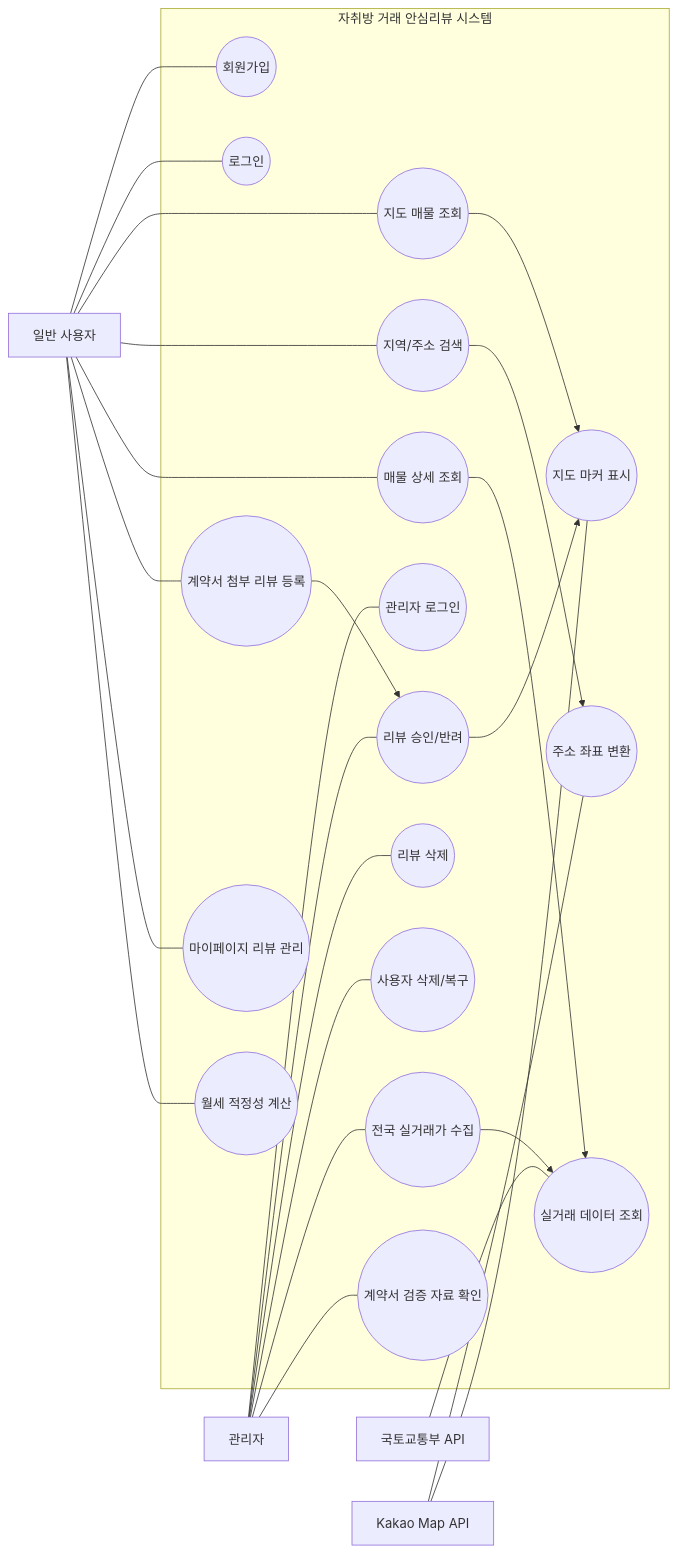
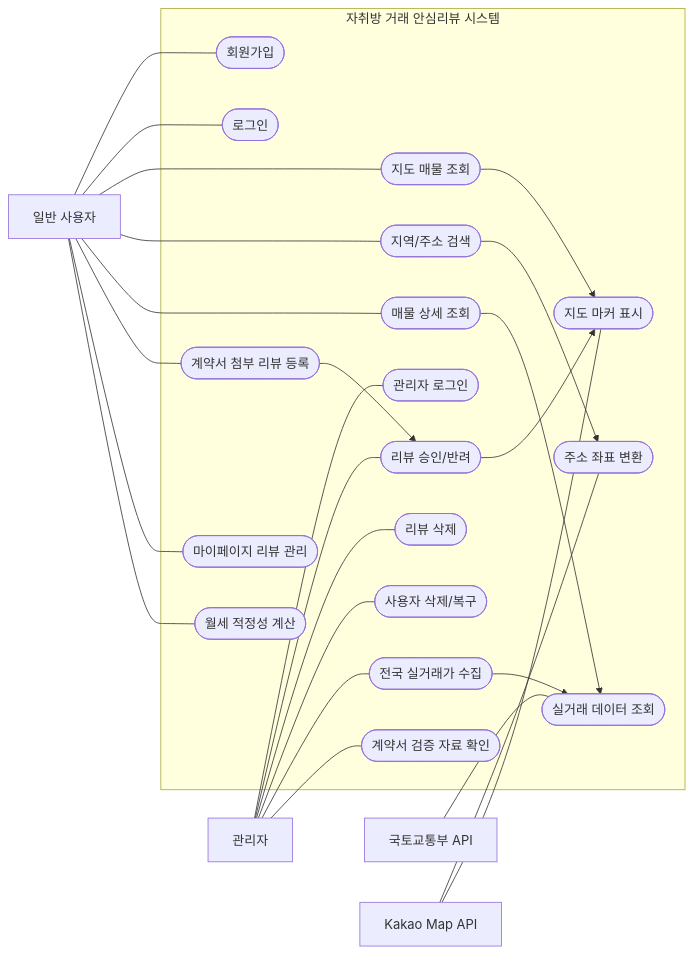
One commit to SANGWOOK0416/smart_room_certification_review_system changed the first of 5 diagrams in finalreport.md. Above: the diagram before and after it, drawn with Mermaid. The commit also changed other lines of this file, not shown here.

Commit message:
docs: fix final report metadata and mermaid

````diff
--- a/finalreport.md
+++ b/finalreport.md
@@ -95,56 +112,56 @@
 ```mermaid
 flowchart LR
     User["일반 사용자"]
     Admin["관리자"]
     MOLIT["국토교통부 API"]
     Kakao["Kakao Map API"]
 
     subgraph System["자취방 거래 안심리뷰 시스템"]
-        UC1(("회원가입"))
-        UC2(("로그인"))
-        UC3(("지도 매물 조회"))
-        UC4(("지역/주소 검색"))
-        UC5(("매물 상세 조회"))
-        UC6(("계약서 첨부 리뷰 등록"))
-        UC7(("마이페이지 리뷰 관리"))
-        UC8(("월세 적정성 계산"))
+        UC1(["회원가입"])
+        UC2(["로그인"])
+        UC3(["지도 매물 조회"])
+        UC4(["지역/주소 검색"])
+        UC5(["매물 상세 조회"])
+        UC6(["계약서 첨부 리뷰 등록"])
+        UC7(["마이페이지 리뷰 관리"])
+        UC8(["월세 적정성 계산"])
 
-        AC1(("관리자 로그인"))
-        AC2(("리뷰 승인/반려"))
-        AC3(("리뷰 삭제"))
-        AC4(("사용자 삭제/복구"))
-        AC5(("전국 실거래가 수집"))
-        AC6(("계약서 검증 자료 확인"))
+        AC1(["관리자 로그인"])
+        AC2(["리뷰 승인/반려"])
+        AC3(["리뷰 삭제"])
+        AC4(["사용자 삭제/복구"])
+        AC5(["전국 실거래가 수집"])
+        AC6(["계약서 검증 자료 확인"])
 
-        EX1(("실거래 데이터 조회"))
-        EX2(("주소 좌표 변환"))
-        EX3(("지도 마커 표시"))
+        EX1(["실거래 데이터 조회"])
+        EX2(["주소 좌표 변환"])
+        EX3(["지도 마커 표시"])
     end
 
     User --- UC1
     User --- UC2
     User --- UC3
     User --- UC4
     User --- UC5
     User --- UC6
     User --- UC7
     User --- UC8
 
     Admin --- AC1
     Admin --- AC2
     Admin --- AC3
     Admin --- AC4
     Admin --- AC5
     Admin --- AC6
 
     UC3 --> EX3
     UC4 --> EX2
     UC5 --> EX1
     UC6 --> AC2
     AC2 --> EX3
     AC5 --> EX1
 
     MOLIT --- EX1
     Kakao --- EX2
     Kakao --- EX3
 ```
````
